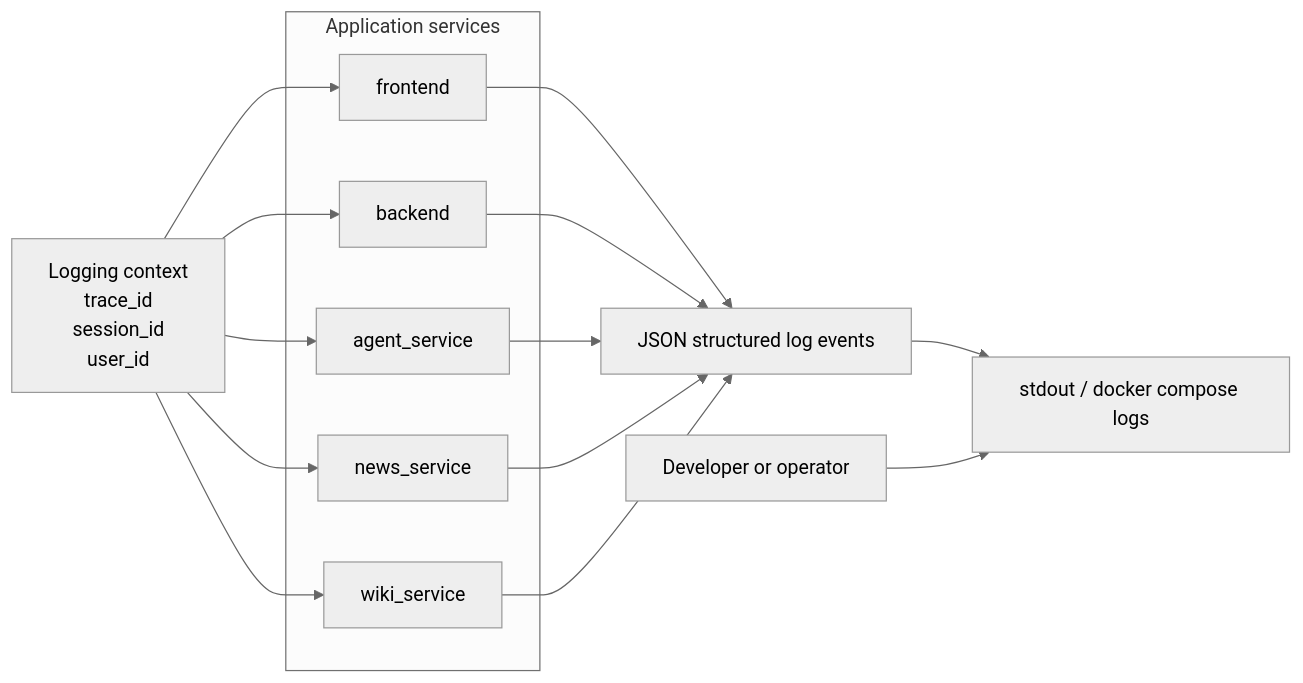
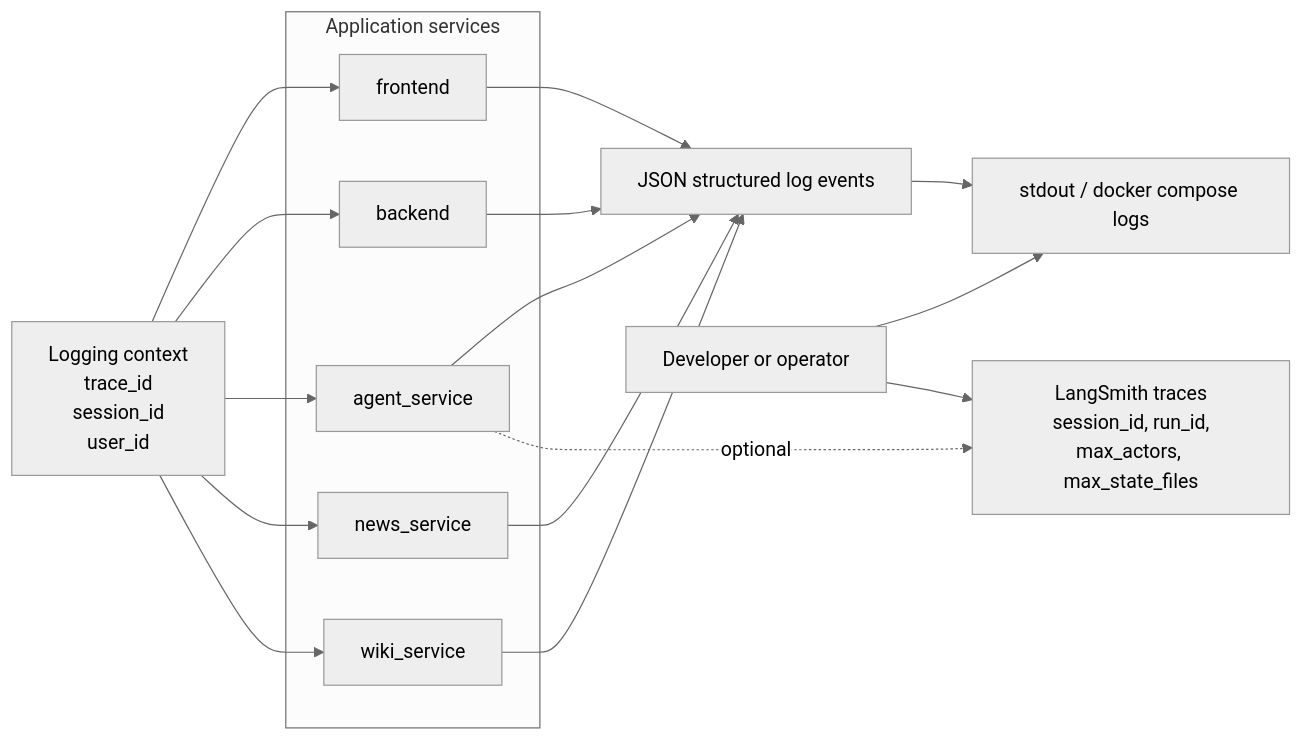
The diagram in docs/diagrams/observability.md (serpanchyk/Rozbirnyk), drawn with Mermaid (neutral theme) before and after one commit. The commit also changed 17 other files, not shown here.

Commit message:
docs: refresh ADRs and architecture diagrams

````diff
--- a/docs/diagrams/observability.md
+++ b/docs/diagrams/observability.md
@@ -3,30 +3,33 @@
 ```mermaid
 flowchart LR
     subgraph services["Application services"]
         frontend["frontend"]
         backend["backend"]
         agent["agent_service"]
         news["news_service"]
         wiki["wiki_service"]
     end
 
     context["Logging context\ntrace_id\nsession_id\nuser_id"]
     json["JSON structured log events"]
     output["stdout / docker compose logs"]
+    tracing["LangSmith traces\nsession_id, run_id,\nmax_actors, max_state_files"]
     operator["Developer or operator"]
 
     context --> frontend
     context --> backend
     context --> agent
     context --> news
     context --> wiki
 
     frontend --> json
     backend --> json
     agent --> json
     news --> json
     wiki --> json
 
     json --> output
+    agent -. optional .-> tracing
     operator --> output
+    operator --> tracing
 ```
````
